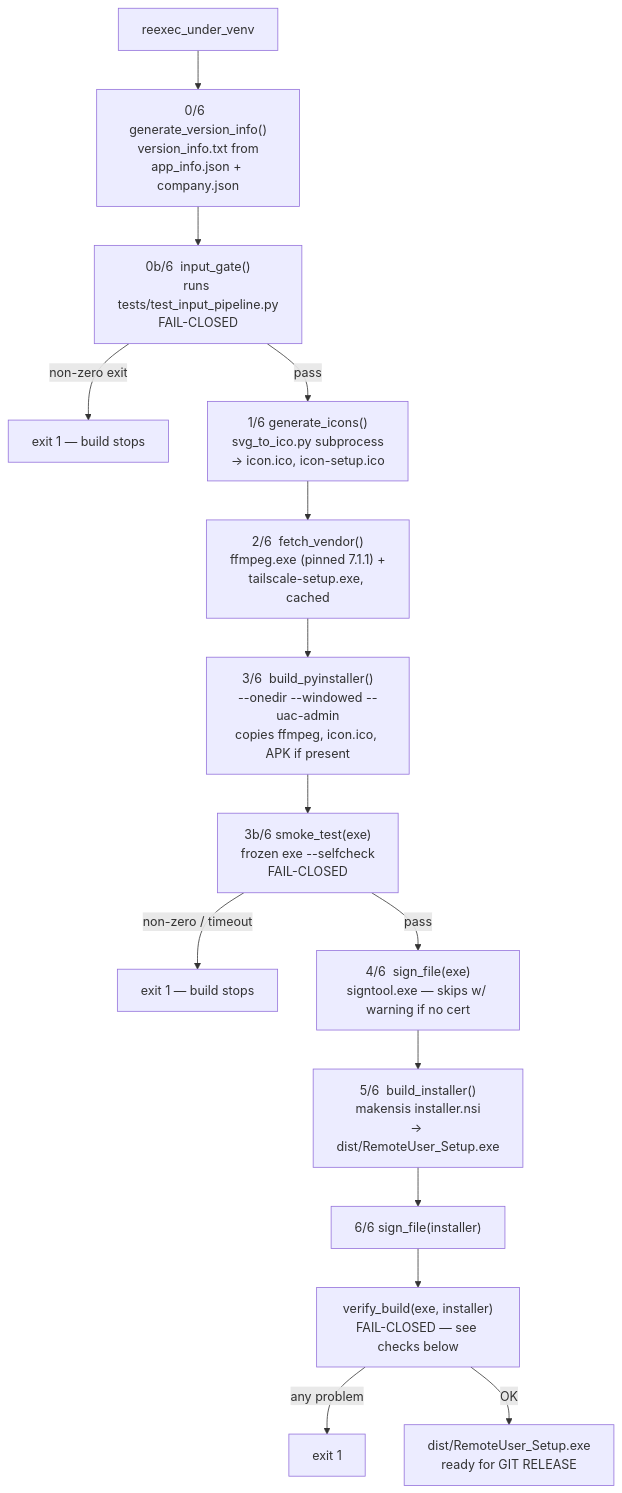
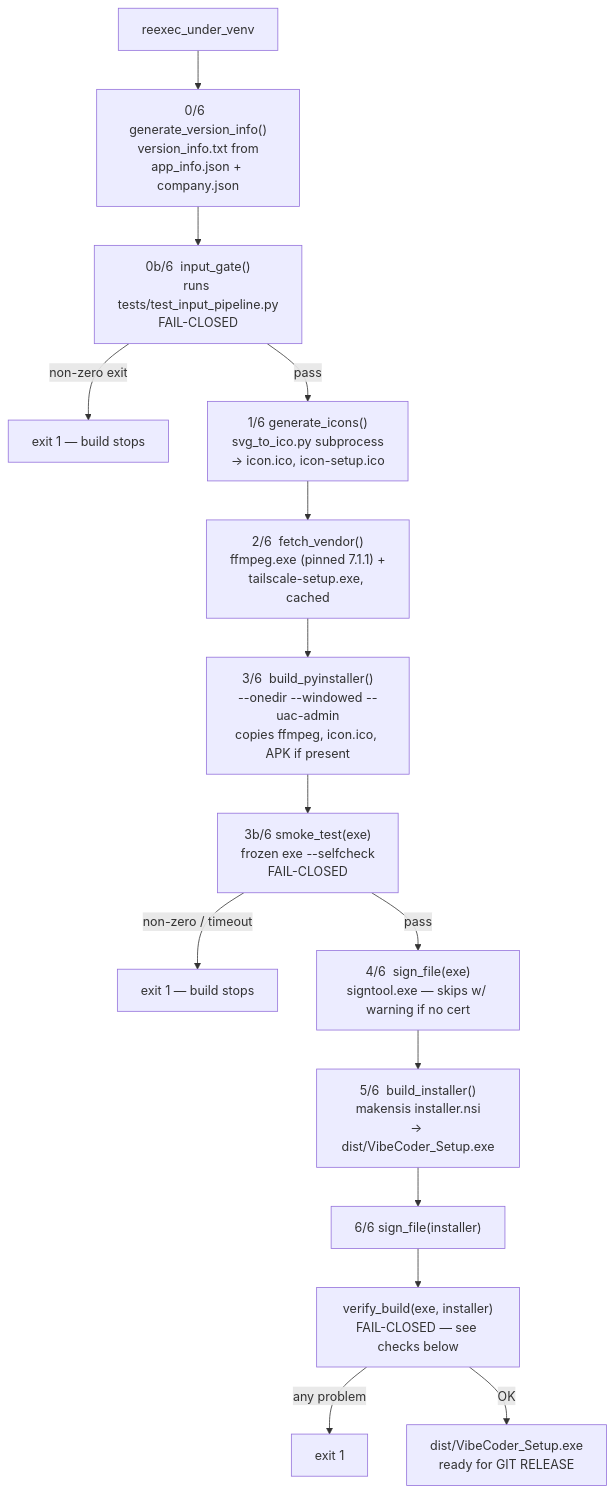
The diagram in setup/__flow/build.md (UVuruna/Remote-User), drawn with Mermaid before and after one commit. The commit also changed 126 other files, not shown here.

````diff
--- a/setup/__flow/build.md
+++ b/setup/__flow/build.md
@@ -12,18 +12,18 @@
 ```mermaid
 %%{init: {'flowchart': {'subGraphTitleMargin': {'top': 0, 'bottom': 35}}}}%%
 flowchart TB
     Z[reexec_under_venv] --> A["0/6  generate_version_info()\nversion_info.txt from\napp_info.json + company.json"]
     A --> B["0b/6  input_gate()\nruns tests/test_input_pipeline.py\nFAIL-CLOSED"]
     B -->|non-zero exit| X1[exit 1 — build stops]
     B -->|pass| C["1/6  generate_icons()\nsvg_to_ico.py subprocess\n→ icon.ico, icon-setup.ico"]
     C --> D["2/6  fetch_vendor()\nffmpeg.exe (pinned 7.1.1) +\ntailscale-setup.exe, cached"]
     D --> E["3/6  build_pyinstaller()\n--onedir --windowed --uac-admin\ncopies ffmpeg, icon.ico, APK if present"]
     E --> F["3b/6  smoke_test(exe)\nfrozen exe --selfcheck\nFAIL-CLOSED"]
     F -->|non-zero / timeout| X2[exit 1 — build stops]
     F -->|pass| G["4/6  sign_file(exe)\nsigntool.exe — skips w/ warning if no cert"]
-    G --> H["5/6  build_installer()\nmakensis installer.nsi\n→ dist/RemoteUser_Setup.exe"]
+    G --> H["5/6  build_installer()\nmakensis installer.nsi\n→ dist/VibeCoder_Setup.exe"]
     H --> I["6/6  sign_file(installer)"]
     I --> J["verify_build(exe, installer)\nFAIL-CLOSED — see checks below"]
     J -->|any problem| X3[exit 1]
-    J -->|OK| K["dist/RemoteUser_Setup.exe\nready for GIT RELEASE"]
+    J -->|OK| K["dist/VibeCoder_Setup.exe\nready for GIT RELEASE"]
 ```
````
